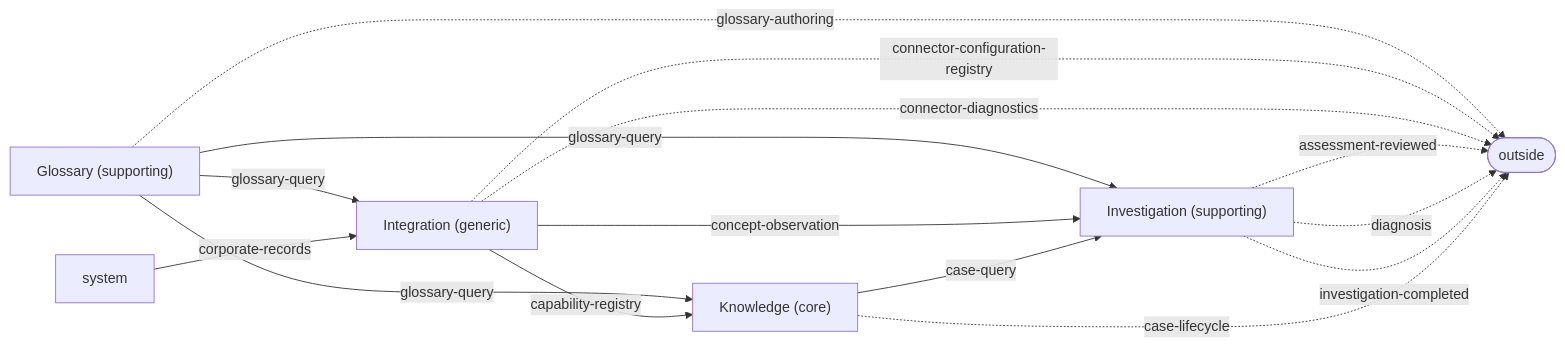
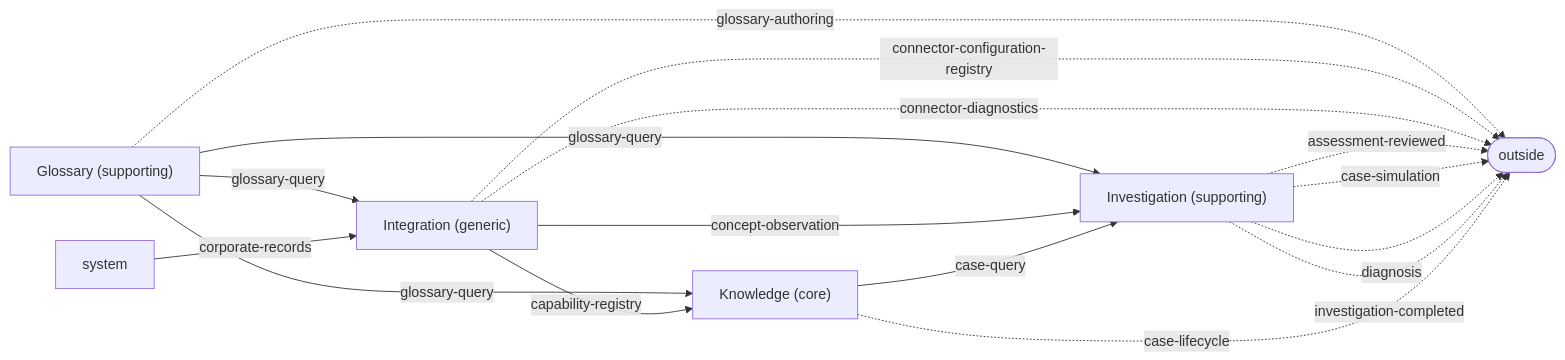
The diagram in knowledge/projections/context-map.mmd (zig999/servicedesk), drawn with Mermaid before and after one commit. The commit also changed 11 other files, not shown here.

First line of the commit message:
analyse: case-simulation — contract, no-investigation rule, 3 scenarios, evidence/evaluation elapsed_ms+usage+prompt

```diff
--- a/knowledge/projections/context-map.mmd
+++ b/knowledge/projections/context-map.mmd
@@ -1,20 +1,21 @@
 flowchart LR
     glossary["Glossary (supporting)"]
     integration["Integration (generic)"]
     investigation["Investigation (supporting)"]
     knowledge["Knowledge (core)"]
     glossary -->|glossary-query| integration
     glossary -->|glossary-query| investigation
     glossary -->|glossary-query| knowledge
     integration -->|concept-observation| investigation
     integration -->|capability-registry| knowledge
     knowledge -->|case-query| investigation
     system -->|corporate-records| integration
     outside(["outside"])
     glossary -.->|glossary-authoring| outside
     integration -.->|connector-configuration-registry| outside
     integration -.->|connector-diagnostics| outside
     investigation -.->|assessment-reviewed| outside
+    investigation -.->|case-simulation| outside
     investigation -.->|diagnosis| outside
     investigation -.->|investigation-completed| outside
     knowledge -.->|case-lifecycle| outside
```
